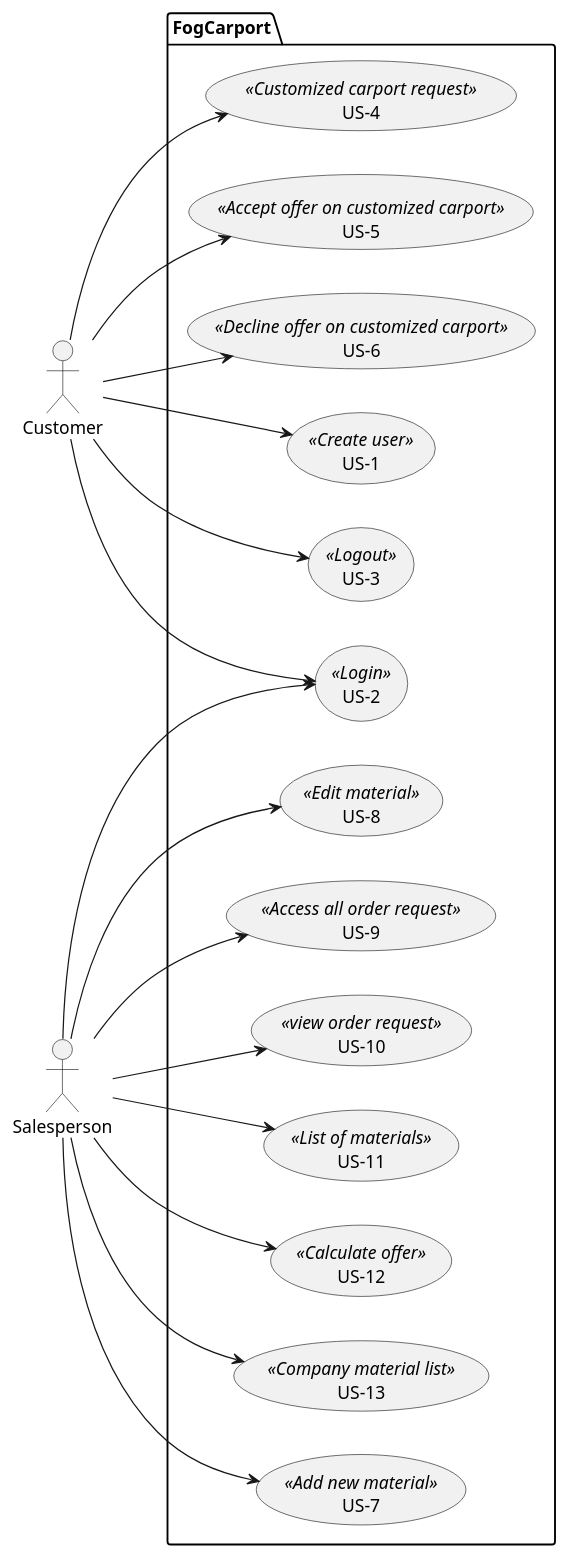
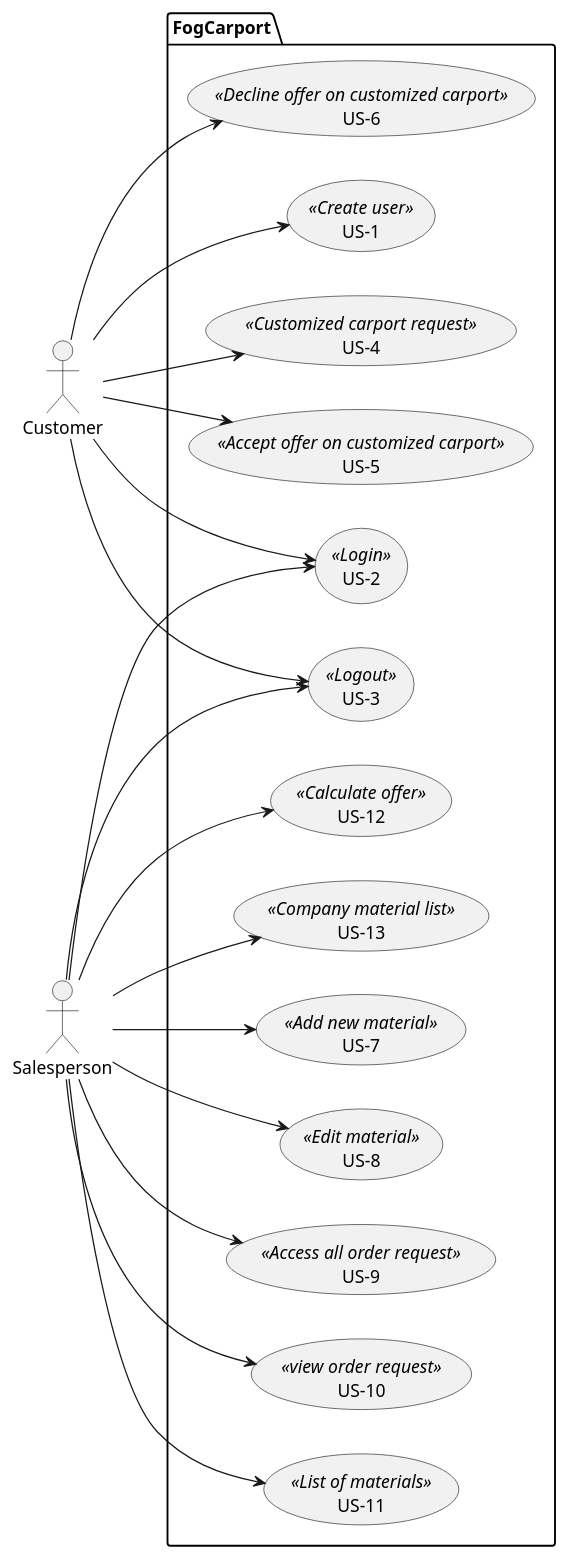
Before and after one commit to FruSchwencke/Fog_2024: the diagram in src/main/resources/persistance/UseCaseDiagram.puml, drawn with PlantUML.

Commit message:
updated use case diagram

```diff
--- a/src/main/resources/persistance/UseCaseDiagram.puml
+++ b/src/main/resources/persistance/UseCaseDiagram.puml
@@ -1,38 +1,40 @@
 @startuml
 'https://plantuml.com/use-case-diagram
+
 
 left to right direction
 actor Customer as c
 actor Salesperson as s
 
 package FogCarport {
   usecase (US-1) <<Create user>> as UC1
   usecase (US-2)<<Login>> as UC2
   usecase (US-3)<<Logout>> as UC3
   usecase (US-4)<<Customized carport request>> as UC4
   usecase (US-5)<<Accept offer on customized carport>> as UC5
   usecase (US-6)<<Decline offer on customized carport>> as UC6
   usecase (US-7)<<Add new material>> as UC7
   usecase (US-8)<<Edit material>> as UC8
   usecase (US-9)<<Access all order request>> as UC9
   usecase (US-10)<<view order request>> as UC10
   usecase (US-11)<<List of materials>> as UC11
   usecase (US-12)<<Calculate offer>> as UC12
   usecase (US-13)<<Company material list>> as UC13
 
    c --> UC1
    c --> UC2
    s --> UC2
    c --> UC3
    c --> UC4
    c --> UC5
    c --> UC6
+   s --> UC3
    s --> UC7
    s --> UC8
    s --> UC9
    s --> UC10
    s --> UC11
    s --> UC12
    s --> UC13
 }
 @enduml
```
